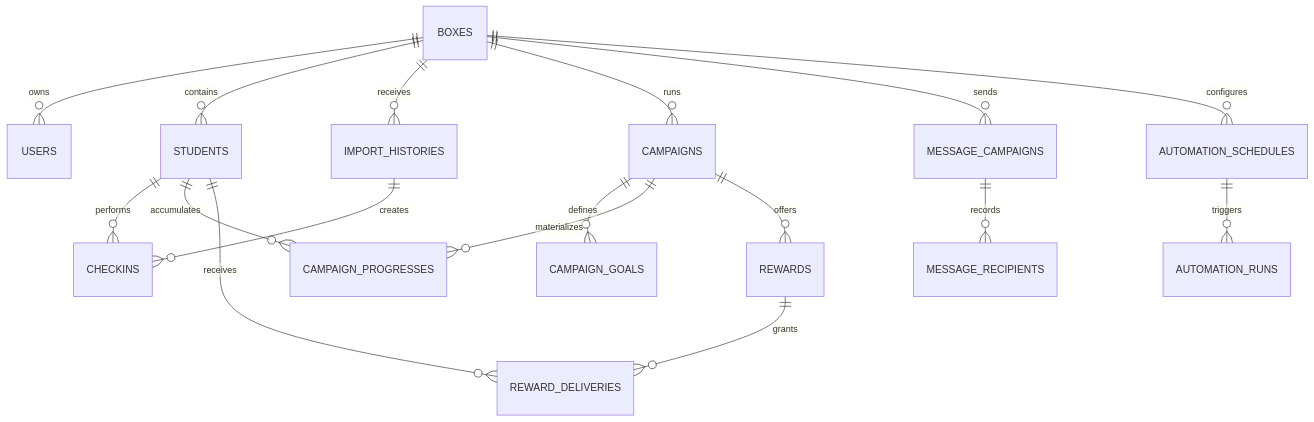
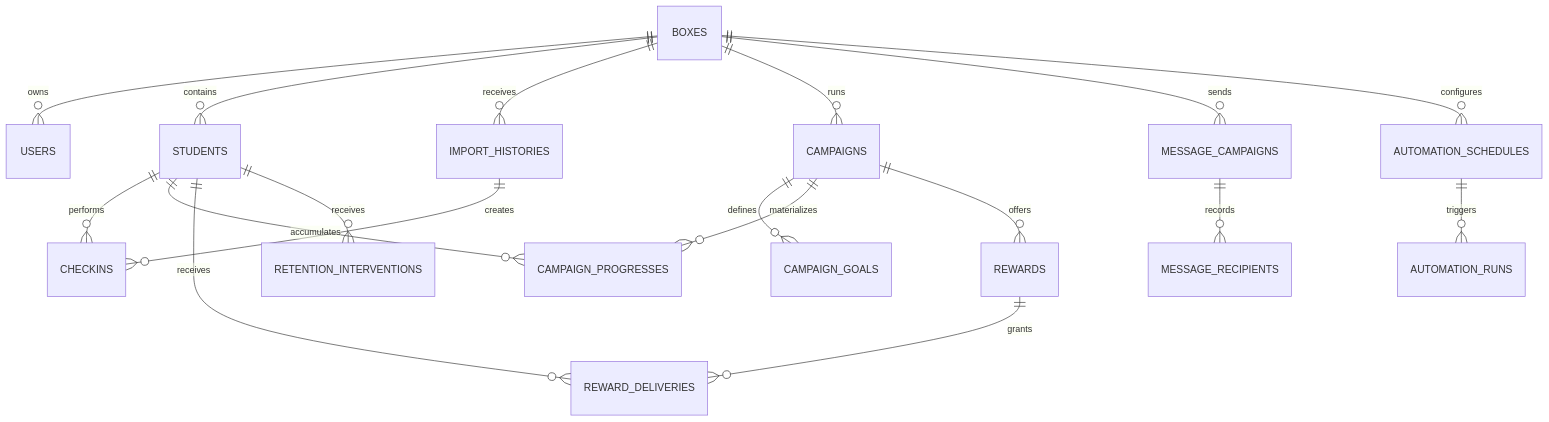
One commit to rodrigueslp/engage-fit-be changed the third of 5 diagrams in docs/system-design.md. Above: the diagram before and after it, drawn with Mermaid. The commit also changed other lines of this file and 21 other files, not shown here.

````diff
--- a/docs/system-design.md
+++ b/docs/system-design.md
@@ -289,19 +289,20 @@
 ```mermaid
 erDiagram
     BOXES ||--o{ USERS : owns
     BOXES ||--o{ STUDENTS : contains
     BOXES ||--o{ IMPORT_HISTORIES : receives
     IMPORT_HISTORIES ||--o{ CHECKINS : creates
     STUDENTS ||--o{ CHECKINS : performs
     BOXES ||--o{ CAMPAIGNS : runs
     CAMPAIGNS ||--o{ CAMPAIGN_GOALS : defines
     CAMPAIGNS ||--o{ CAMPAIGN_PROGRESSES : materializes
     STUDENTS ||--o{ CAMPAIGN_PROGRESSES : accumulates
     CAMPAIGNS ||--o{ REWARDS : offers
     REWARDS ||--o{ REWARD_DELIVERIES : grants
     STUDENTS ||--o{ REWARD_DELIVERIES : receives
     BOXES ||--o{ MESSAGE_CAMPAIGNS : sends
     MESSAGE_CAMPAIGNS ||--o{ MESSAGE_RECIPIENTS : records
     BOXES ||--o{ AUTOMATION_SCHEDULES : configures
     AUTOMATION_SCHEDULES ||--o{ AUTOMATION_RUNS : triggers
+    STUDENTS ||--o{ RETENTION_INTERVENTIONS : receives
 ```
````
